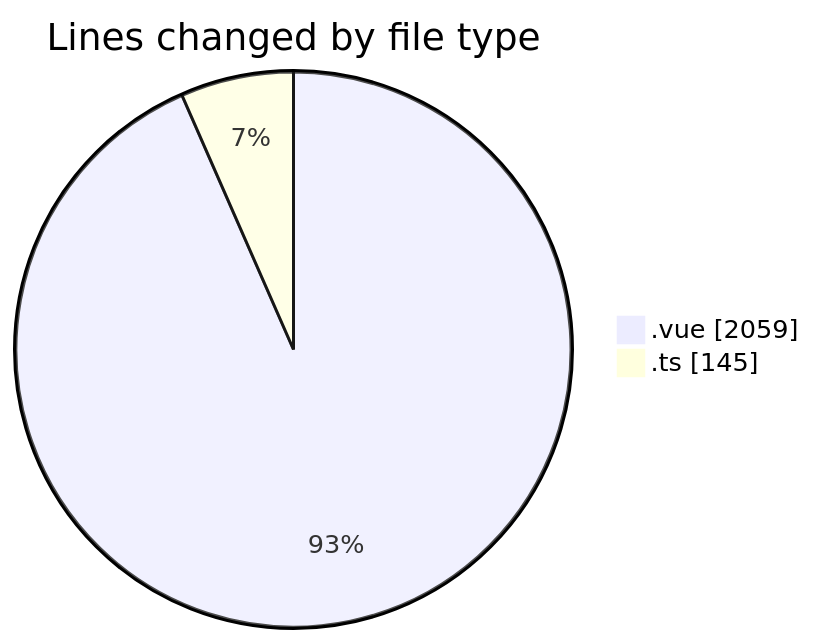
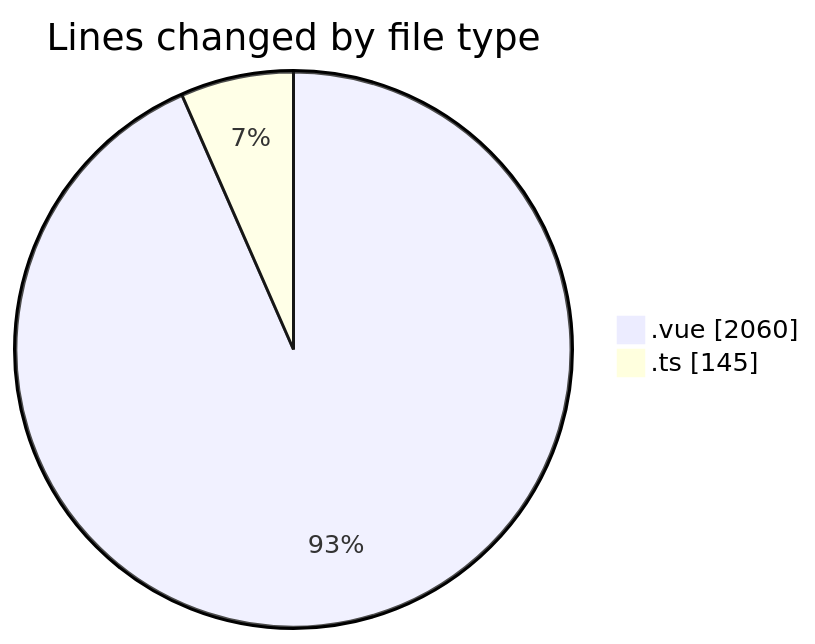
The first of 2 diagrams in 2025-03-17/lumine-web/README.md (robertbonfada/code-tracking), drawn with Mermaid before and after one commit. The commit also changed other lines of this file and 1 other file, not shown here.

````diff
--- a/2025-03-17/lumine-web/README.md
+++ b/2025-03-17/lumine-web/README.md
@@ -43,6 +43,6 @@
 ```mermaid
 pie showData
 title Lines changed by file type
-".vue" : 2059
+".vue" : 2060
 ".ts" : 145
 ```
````
